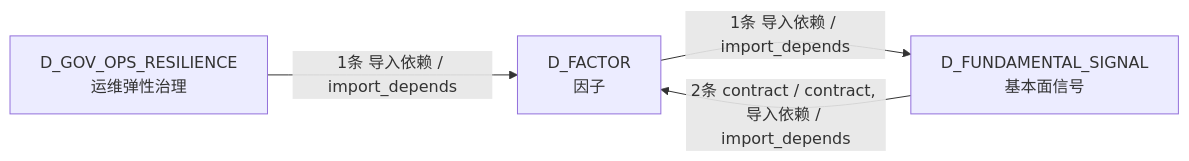
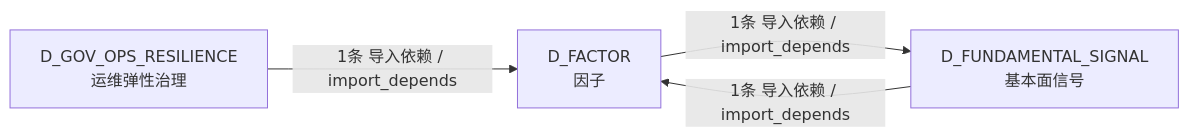
Before and after one commit to xuanFelixVan/ZephyrAlpha: the fourth of 4 diagrams in docs/02_enterprise_architecture/02_domain_architecture_docs/36_d_factor.md, drawn with Mermaid. The commit also changed other lines of this file and 101 other files, not shown here.

````diff
--- a/docs/02_enterprise_architecture/02_domain_architecture_docs/36_d_factor.md
+++ b/docs/02_enterprise_architecture/02_domain_architecture_docs/36_d_factor.md
@@ -170,9 +167,9 @@
 ```mermaid
 graph LR
     D_FACTOR["D_FACTOR<br/>因子"]
     D_FUNDAMENTAL_SIGNAL["D_FUNDAMENTAL_SIGNAL<br/>基本面信号"]
     D_GOV_OPS_RESILIENCE["D_GOV_OPS_RESILIENCE<br/>运维弹性治理"]
     D_FACTOR -->|1条 导入依赖 / import_depends| D_FUNDAMENTAL_SIGNAL
-    D_FUNDAMENTAL_SIGNAL -->|2条 contract / contract, 导入依赖 / import_depends| D_FACTOR
+    D_FUNDAMENTAL_SIGNAL -->|1条 导入依赖 / import_depends| D_FACTOR
     D_GOV_OPS_RESILIENCE -->|1条 导入依赖 / import_depends| D_FACTOR
 ```
````
